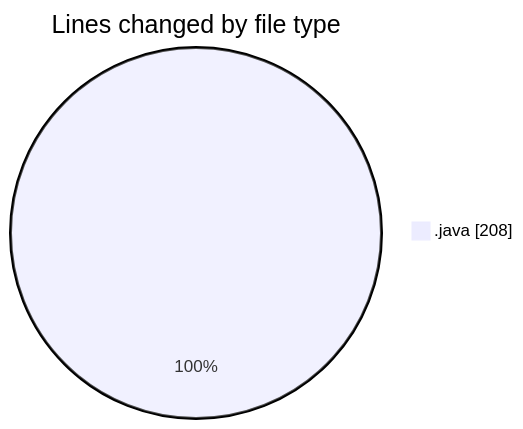
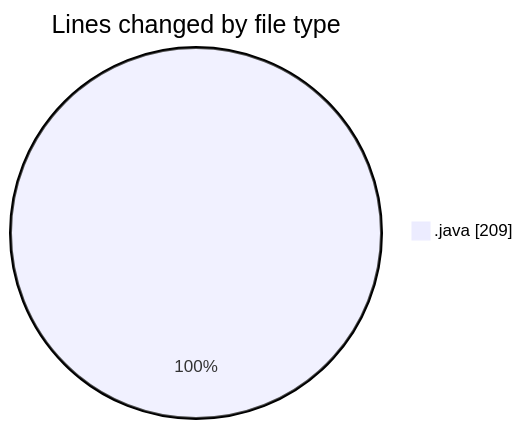
The first of 2 diagrams in 2025-02-24/startfiles/README.md (NitaiMahat/code-tracking), drawn with Mermaid before and after one commit. The commit also changed other lines of this file and 1 other file, not shown here.

````diff
--- a/2025-02-24/startfiles/README.md
+++ b/2025-02-24/startfiles/README.md
@@ -21,5 +21,5 @@
 ```mermaid
 pie showData
 title Lines changed by file type
-".java" : 208
+".java" : 209
 ```
````
